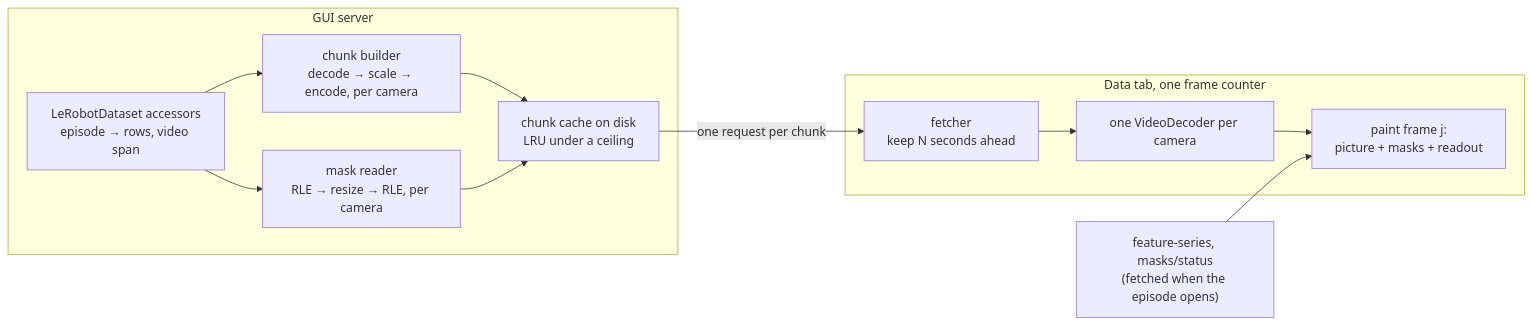
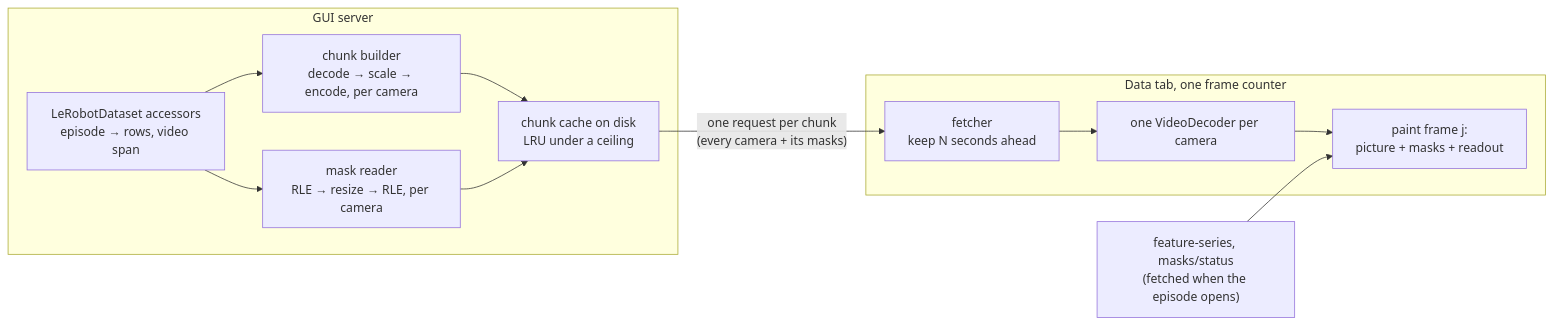
Before and after one commit to TheWisp/lerobot: the diagram in src/lerobot/gui/docs/dataset_playback.md, drawn with Mermaid. The commit also changed other lines of this file, not shown here.

````diff
--- a/src/lerobot/gui/docs/dataset_playback.md
+++ b/src/lerobot/gui/docs/dataset_playback.md
@@ -254,19 +284,19 @@
 ```mermaid
 flowchart LR
   subgraph server["GUI server"]
     ds["LeRobotDataset accessors<br/>episode → rows, video span"]
     b["chunk builder<br/>decode → scale → encode, per camera"]
     m["mask reader<br/>RLE → resize → RLE, per camera"]
     c["chunk cache on disk<br/>LRU under a ceiling"]
     ds --> b --> c
     ds --> m --> c
   end
   subgraph page["Data tab, one frame counter"]
     f["fetcher<br/>keep N seconds ahead"]
     d["one VideoDecoder per camera"]
     p["paint frame j:<br/>picture + masks + readout"]
     f --> d --> p
   end
-  c -->|"one request per chunk"| f
+  c -->|"one request per chunk<br/>(every camera + its masks)"| f
   series["feature-series, masks/status<br/>(fetched when the episode opens)"] --> p
 ```
````
